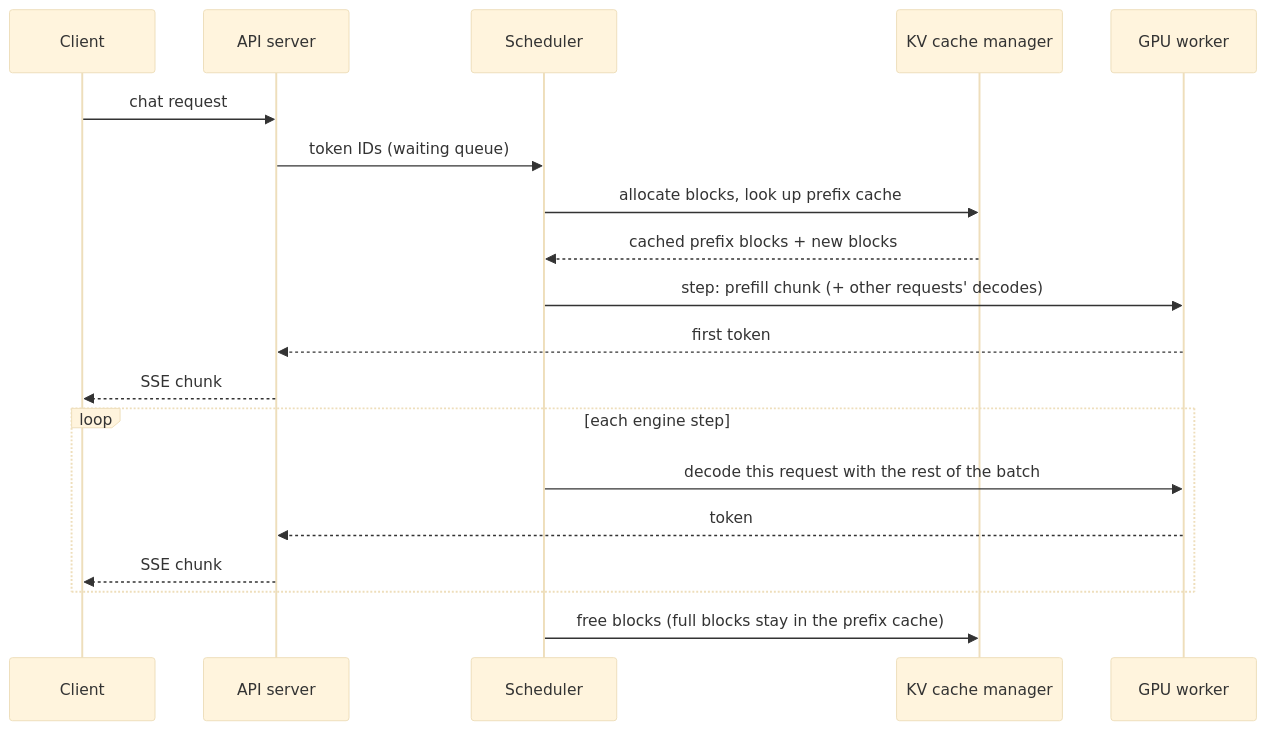
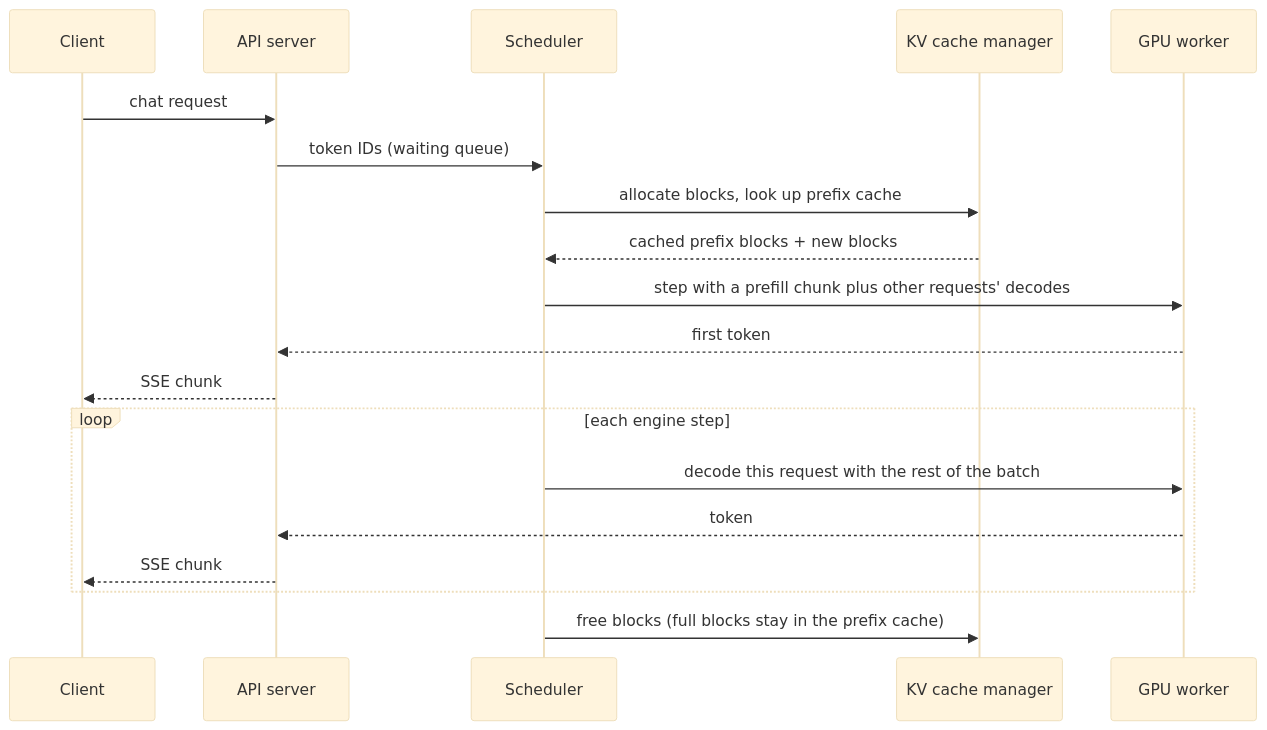
Before and after one commit to wolf-ai-apps/claude-generated: the second of 2 diagrams in levels/08-running-models-and-vllm/README.md, drawn with Mermaid (base theme). The commit also changed 6 other files, not shown here.

First line of the commit message:
Fix Mermaid syntax errors (colon in gantt task name, numeric xychart labels)

````diff
--- a/levels/08-running-models-and-vllm/README.md
+++ b/levels/08-running-models-and-vllm/README.md
@@ -49,21 +49,21 @@
 ```mermaid
 sequenceDiagram
     participant C as Client
     participant A as API server
     participant S as Scheduler
     participant K as KV cache manager
     participant W as GPU worker
     C->>A: chat request
     A->>S: token IDs (waiting queue)
     S->>K: allocate blocks, look up prefix cache
     K-->>S: cached prefix blocks + new blocks
-    S->>W: step: prefill chunk (+ other requests' decodes)
+    S->>W: step with a prefill chunk plus other requests' decodes
     W-->>A: first token
     A-->>C: SSE chunk
     loop each engine step
         S->>W: decode this request with the rest of the batch
         W-->>A: token
         A-->>C: SSE chunk
     end
     S->>K: free blocks (full blocks stay in the prefix cache)
 ```
````
